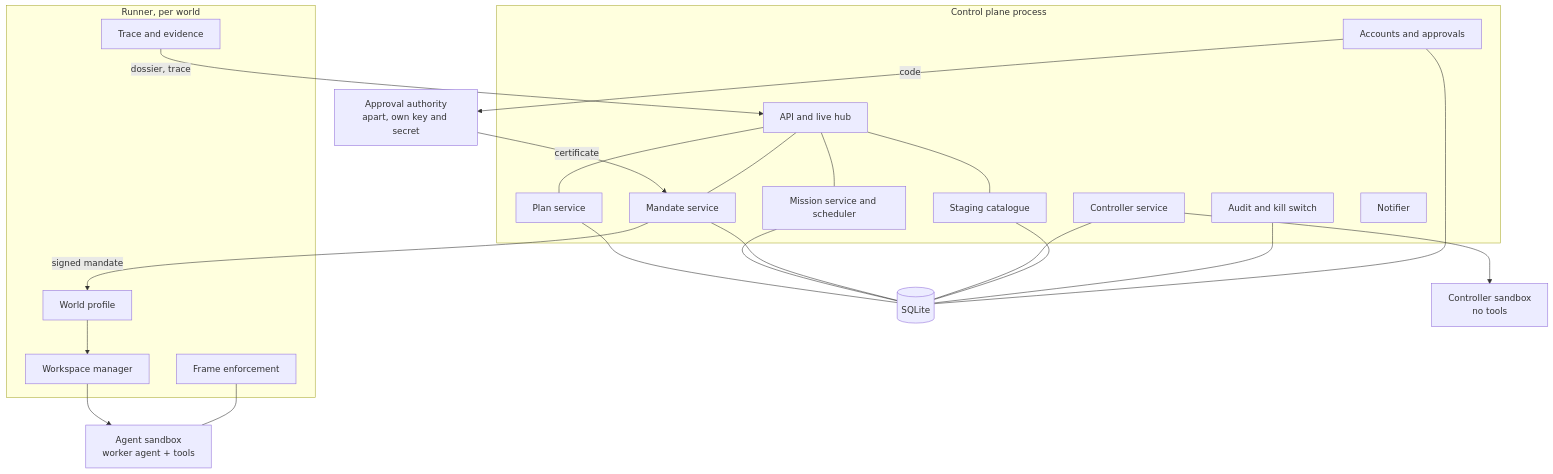
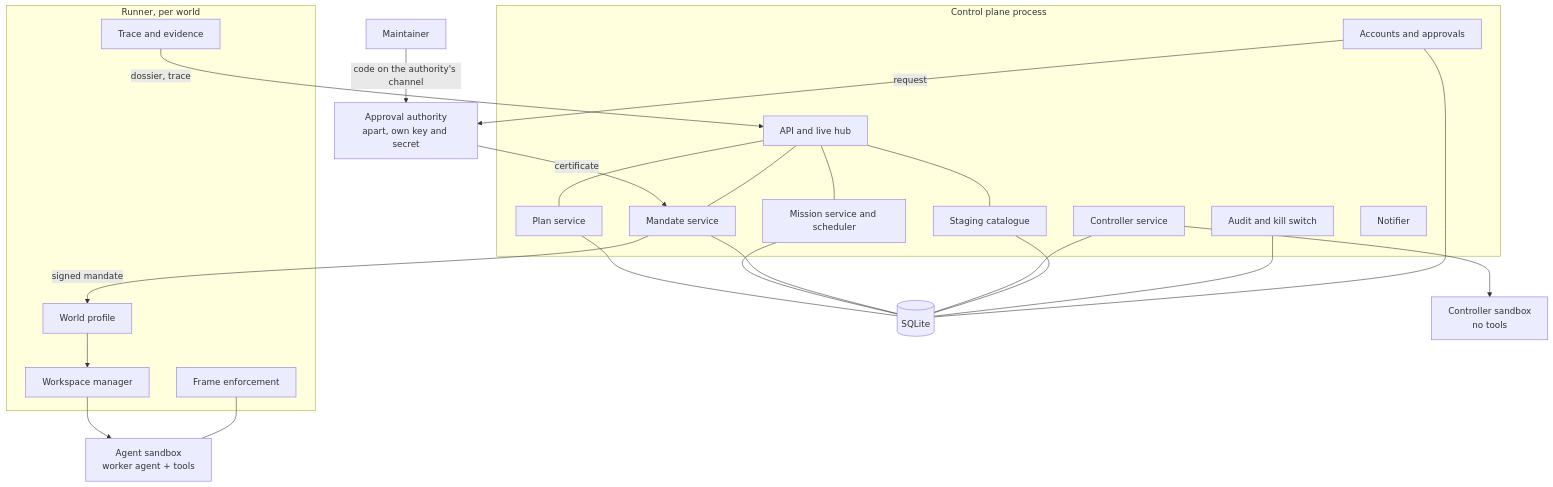
Before and after one commit to MafLabs38/orchestrarr: the third of 12 diagrams in docs/ARCHITECTURE.md, drawn with Mermaid. The commit also changed other lines of this file and 8 other files, not shown here.

Commit message:
docs: the merge identity is held by the act gateway of the Git world, the authority confirms on its own channel, the facts are checked at the act, the release judgement is a decision of ADR 0035, the carried change, versions and dates

````diff
--- a/docs/ARCHITECTURE.md
+++ b/docs/ARCHITECTURE.md
@@ -104,31 +104,32 @@
 ```mermaid
 flowchart TB
     subgraph CPH[Control plane process]
         API[API and live hub]
         PLAN[Plan service]
         MIS[Mission service and scheduler]
         MAN[Mandate service]
         CTL[Controller service]
         STG[Staging catalogue]
         AUD[Audit and kill switch]
         NOT[Notifier]
         ACC[Accounts and approvals]
     end
     AUTH[Approval authority<br/>apart, own key and secret]
-    ACC -- code --> AUTH
+    ACC -- request --> AUTH
+    M[Maintainer] -- code on the authority's channel --> AUTH
     AUTH -- certificate --> MAN
     DB[(SQLite)]
     API --- PLAN & MIS & MAN & STG
     PLAN & MIS & MAN & CTL & STG & AUD & ACC --- DB
     CTL --> CSB[Controller sandbox<br/>no tools]
     subgraph RUN[Runner, per world]
         RP[World profile]
         WS[Workspace manager]
         ENF[Frame enforcement]
         TR[Trace and evidence]
     end
     MAN -- signed mandate --> RP
     RP --> WS --> ASB[Agent sandbox<br/>worker agent + tools]
     ENF --- ASB
     TR -- dossier, trace --> API
 ```
````
